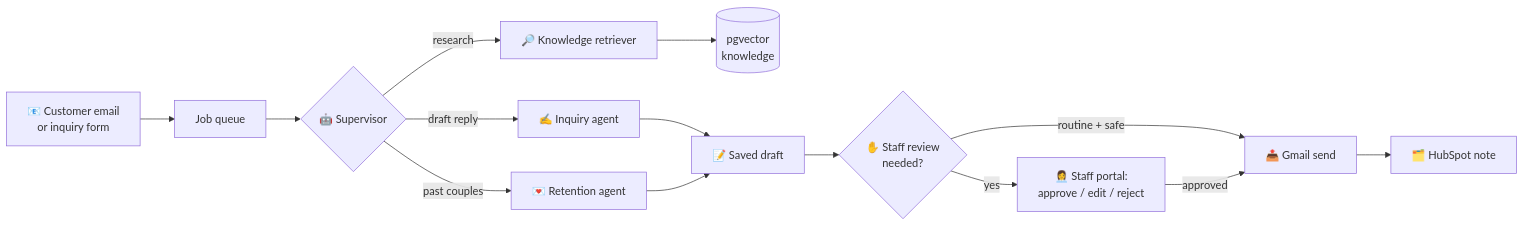
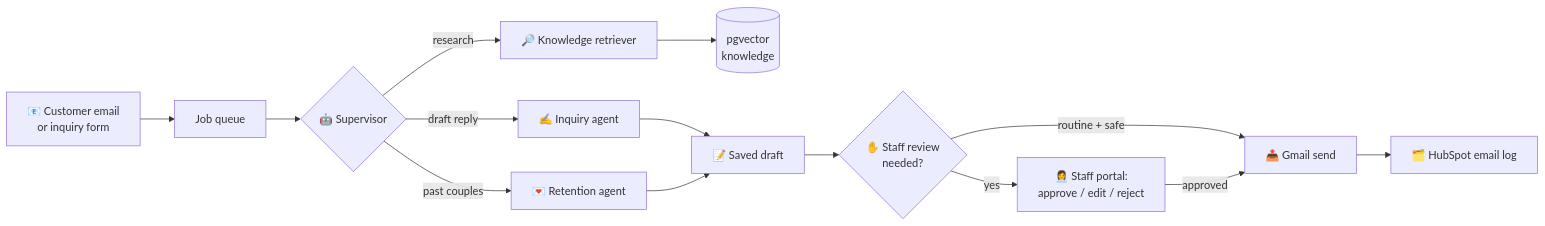
Before and after one commit to Emarhnuel/FDE-wedding-agent: the diagram in README.md, drawn with Mermaid. The commit also changed other lines of this file, not shown here.

Commit message:
docs: describe HubSpot timeline emails in the README

````diff
--- a/README.md
+++ b/README.md
@@ -48,16 +48,16 @@
 ```mermaid
 flowchart LR
     A[📧 Customer email<br/>or inquiry form] --> B[Job queue]
     B --> C{🤖 Supervisor}
     C -->|research| D[🔎 Knowledge retriever]
     C -->|draft reply| E[✍️ Inquiry agent]
     C -->|past couples| F[💌 Retention agent]
     D --> G[(pgvector<br/>knowledge)]
     E --> H[📝 Saved draft]
     F --> H
     H --> I{✋ Staff review<br/>needed?}
     I -->|yes| J[👩‍💼 Staff portal:<br/>approve / edit / reject]
     I -->|routine + safe| K[📤 Gmail send]
     J -->|approved| K
-    K --> L[🗂️ HubSpot note]
+    K --> L[🗂️ HubSpot email log]
 ```
````
